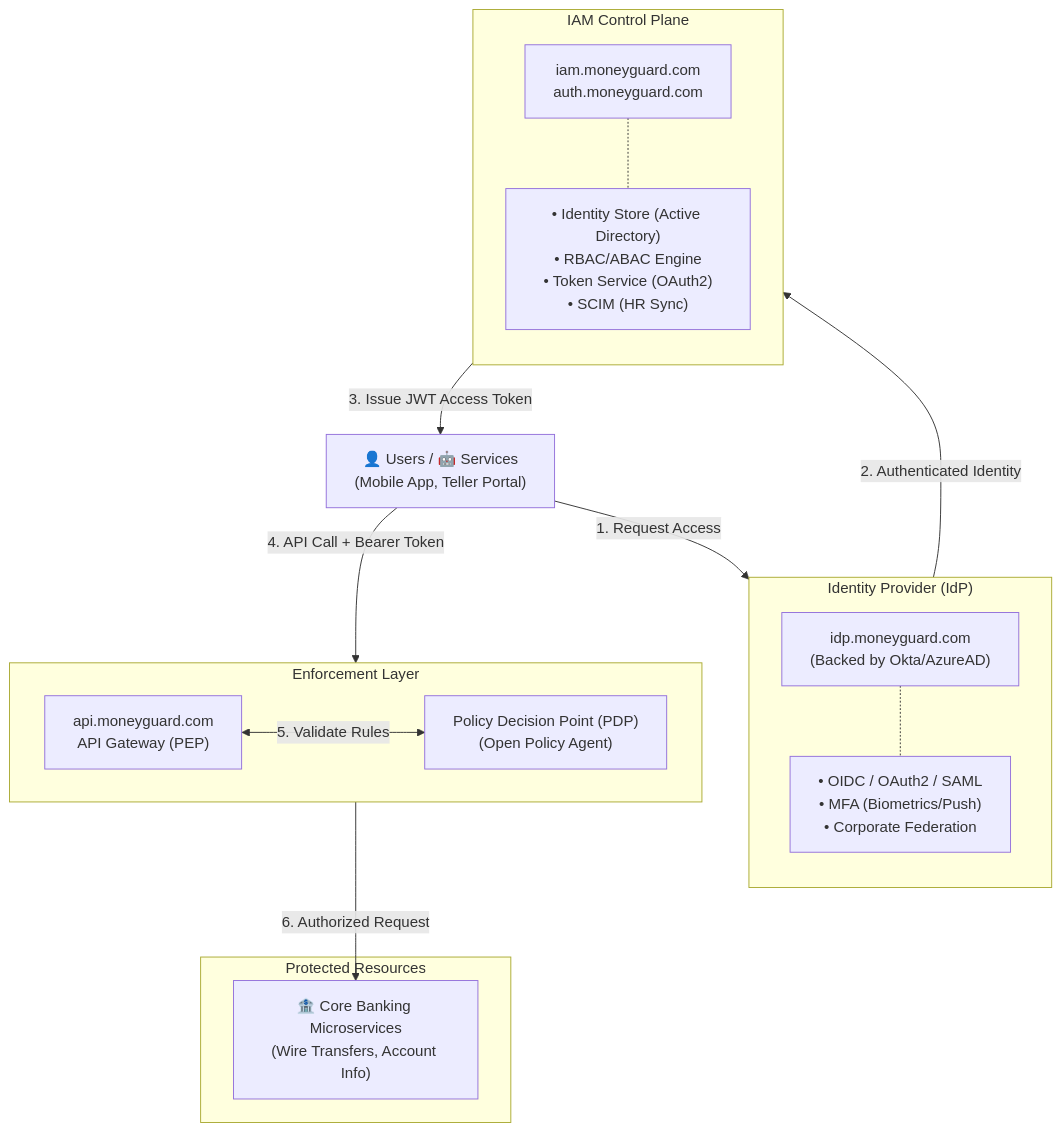
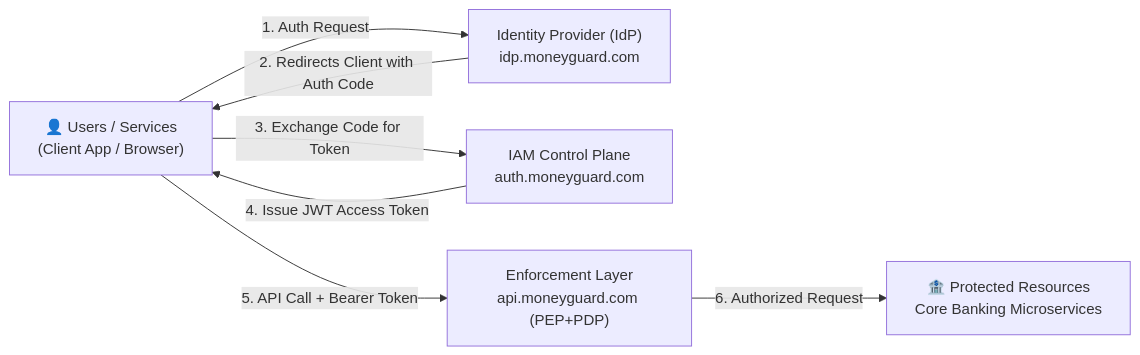
The diagram in 02_AuthN_Federation/01_ZeroTrustIAMArchitecture.md (nirajp82/IdentityAccessManagement_IAM), drawn with Mermaid before and after one commit. The commit also changed other lines of this file, not shown here.

First line of the commit message:
Revise Zero-Trust IAM Architecture document

````diff
--- a/02_AuthN_Federation/01_ZeroTrustIAMArchitecture.md
+++ b/02_AuthN_Federation/01_ZeroTrustIAMArchitecture.md
@@ -9,37 +9,18 @@
 ```mermaid
-flowchart TD
-    US["👤 Users / 🤖 Services<br>(Mobile App, Teller Portal)"] -->|1. Request Access| IDP
-    
-    subgraph IDP_Layer ["Identity Provider (IdP)"]
-        direction TB
-        IDP["idp.moneyguard.com<br>(Backed by Okta/AzureAD)"]
-        IDP_Features["• OIDC / OAuth2 / SAML<br>• MFA (Biometrics/Push)<br>• Corporate Federation"]
-        IDP -.- IDP_Features
-    end
-    
-    IDP -->|2. Authenticated Identity| IAM
-    
-    subgraph IAM_Layer ["IAM Control Plane"]
-        direction TB
-        IAM["iam.moneyguard.com<br>auth.moneyguard.com"]
-        IAM_Features["• Identity Store (Active Directory)<br>• RBAC/ABAC Engine<br>• Token Service (OAuth2)<br>• SCIM (HR Sync)"]
-        IAM -.- IAM_Features
-    end
-    
-    IAM -->|3. Issue JWT Access Token| US
-    US -->|4. API Call + Bearer Token| ENF
-    
-    subgraph ENF_Layer ["Enforcement Layer"]
-        direction LR
-        ENF["api.moneyguard.com<br>API Gateway (PEP)"]
-        PDP["Policy Decision Point (PDP)<br>(Open Policy Agent)"]
-        ENF <-->|5. Validate Rules| PDP
-    end
-    
+flowchart LR
+    %% Define Nodes
+    US["👤 Users / Services<br>(Client App / Browser)"]
+    IDP["Identity Provider (IdP)<br>idp.moneyguard.com"]
+    IAM["IAM Control Plane<br>auth.moneyguard.com"]
+    ENF["Enforcement Layer<br>api.moneyguard.com (PEP+PDP)"]
+    RES["🏦 Protected Resources<br>Core Banking Microservices"]
+
+    %% Define Flow
+    US -->|1. Auth Request| IDP
+    IDP -->|2. Redirects Client with Auth Code| US
+    US -->|3. Exchange Code for Token| IAM
+    IAM -->|4. Issue JWT Access Token| US
+    US -->|5. API Call + Bearer Token| ENF
     ENF -->|6. Authorized Request| RES
-    
-    subgraph RES_Layer ["Protected Resources"]
-        RES["🏦 Core Banking Microservices<br>(Wire Transfers, Account Info)"]
-    end
 
 ```
````
